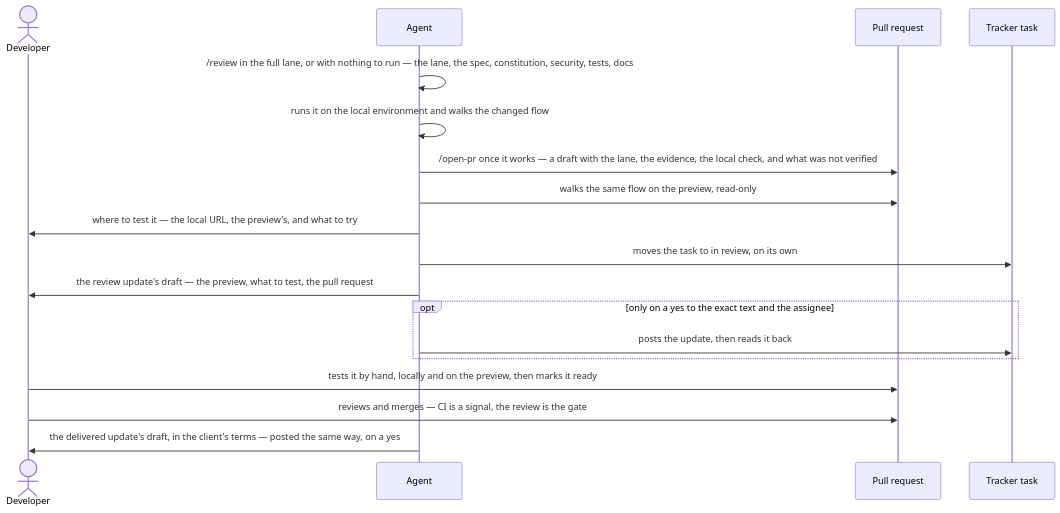
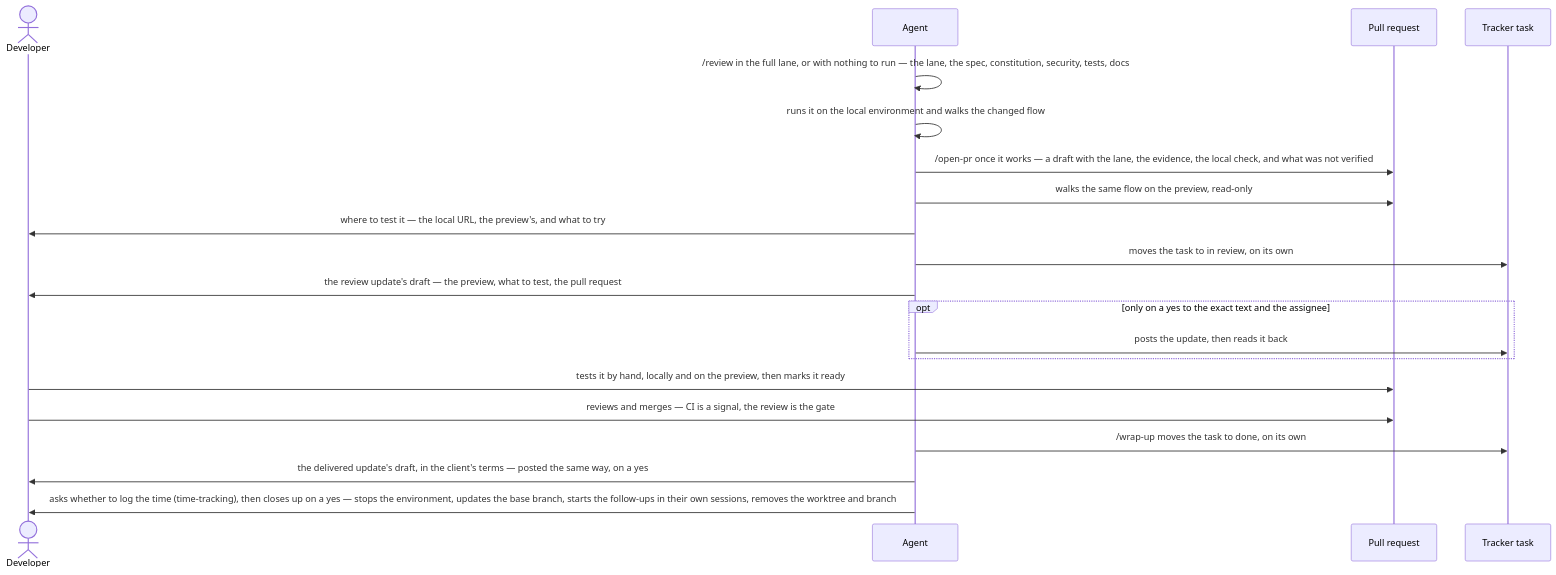
The fourth of 6 diagrams in README.md (Aplyca/AgenticDevelopmentFramework), drawn with Mermaid before and after one commit. The commit also changed other lines of this file and 9 other files, not shown here.

````diff
--- a/README.md
+++ b/README.md
@@ -302,20 +299,22 @@
 ```mermaid
 sequenceDiagram
     actor Dev as Developer
     participant Agent
     participant PR as Pull request
     participant Tracker as Tracker task
     Agent->>Agent: /review in the full lane, or with nothing to run — the lane, the spec, constitution, security, tests, docs
     Agent->>Agent: runs it on the local environment and walks the changed flow
     Agent->>PR: /open-pr once it works — a draft with the lane, the evidence, the local check, and what was not verified
     Agent->>PR: walks the same flow on the preview, read-only
     Agent->>Dev: where to test it — the local URL, the preview's, and what to try
     Agent->>Tracker: moves the task to in review, on its own
     Agent->>Dev: the review update's draft — the preview, what to test, the pull request
     opt only on a yes to the exact text and the assignee
         Agent->>Tracker: posts the update, then reads it back
     end
     Dev->>PR: tests it by hand, locally and on the preview, then marks it ready
     Dev->>PR: reviews and merges — CI is a signal, the review is the gate
+    Agent->>Tracker: /wrap-up moves the task to done, on its own
     Agent->>Dev: the delivered update's draft, in the client's terms — posted the same way, on a yes
+    Agent->>Dev: asks whether to log the time (time-tracking), then closes up on a yes — stops the environment, updates the base branch, starts the follow-ups in their own sessions, removes the worktree and branch
 ```
````
